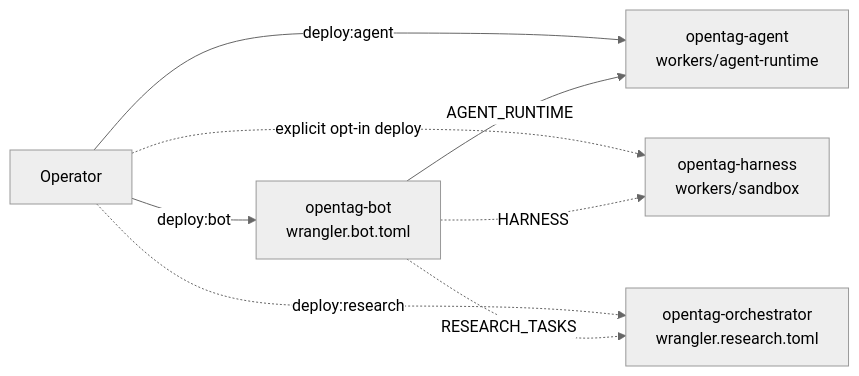
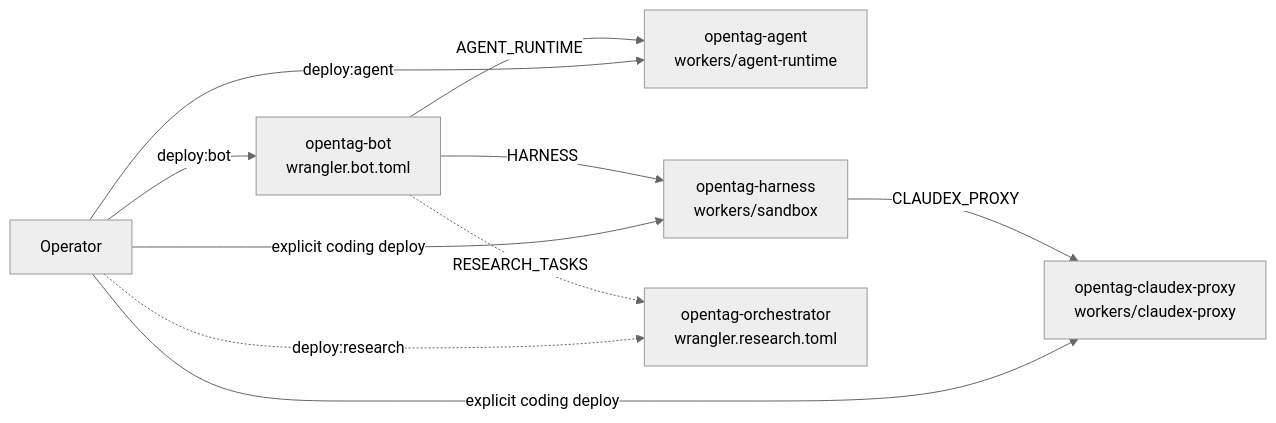
Before and after one commit to wcordelo/opentag: the first of 2 diagrams in docs/operations.md, drawn with Mermaid (neutral theme). The commit also changed other lines of this file and 14 other files, not shown here.

Commit message:
Document production Claudex architecture

````diff
--- a/docs/operations.md
+++ b/docs/operations.md
@@ -13,17 +13,20 @@
 ```mermaid
 flowchart LR
     Operator["Operator"]
     Bot["opentag-bot<br/>wrangler.bot.toml"]
     Agent["opentag-agent<br/>workers/agent-runtime"]
     Harness["opentag-harness<br/>workers/sandbox"]
+    Claudex["opentag-claudex-proxy<br/>workers/claudex-proxy"]
     Research["opentag-orchestrator<br/>wrangler.research.toml"]
 
     Operator -->|"deploy:bot"| Bot
     Operator -->|"deploy:agent"| Agent
-    Operator -.->|"explicit opt-in deploy"| Harness
+    Operator -->|"explicit coding deploy"| Claudex
+    Operator -->|"explicit coding deploy"| Harness
     Operator -.->|"deploy:research"| Research
 
     Bot -->|"AGENT_RUNTIME"| Agent
-    Bot -.->|"HARNESS"| Harness
+    Bot -->|"HARNESS"| Harness
+    Harness -->|"CLAUDEX_PROXY"| Claudex
     Bot -.->|"RESEARCH_TASKS"| Research
 ```
````
